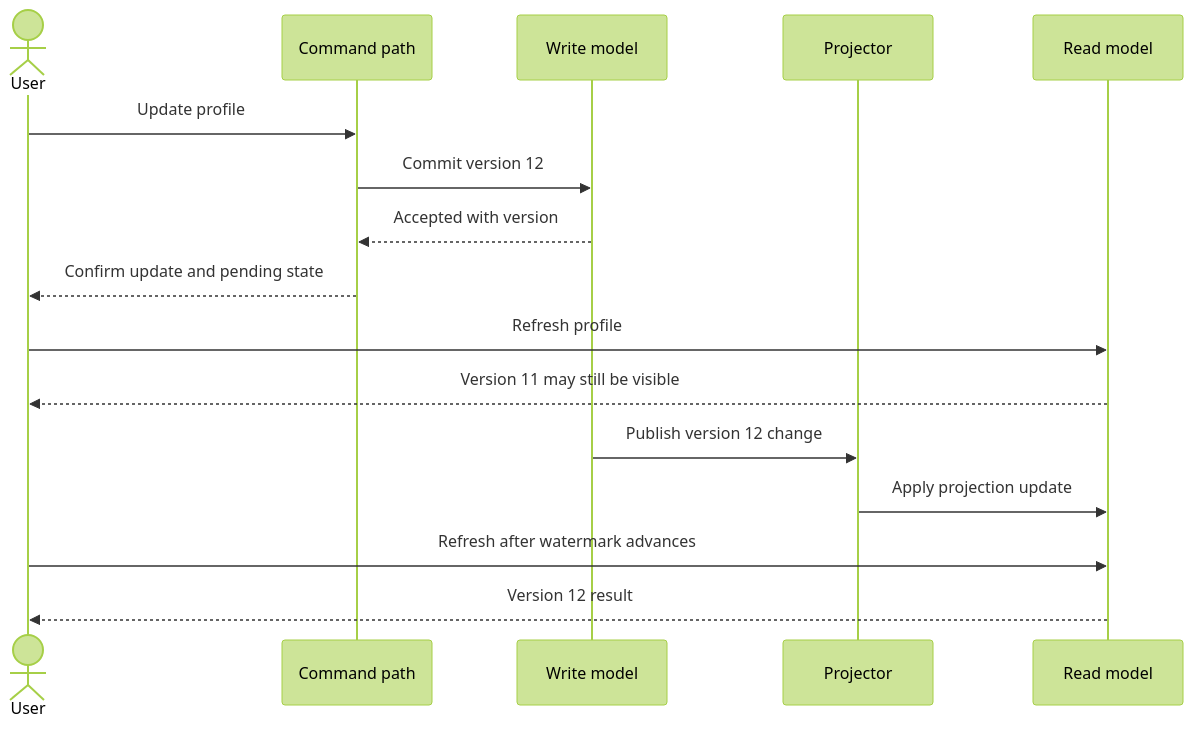
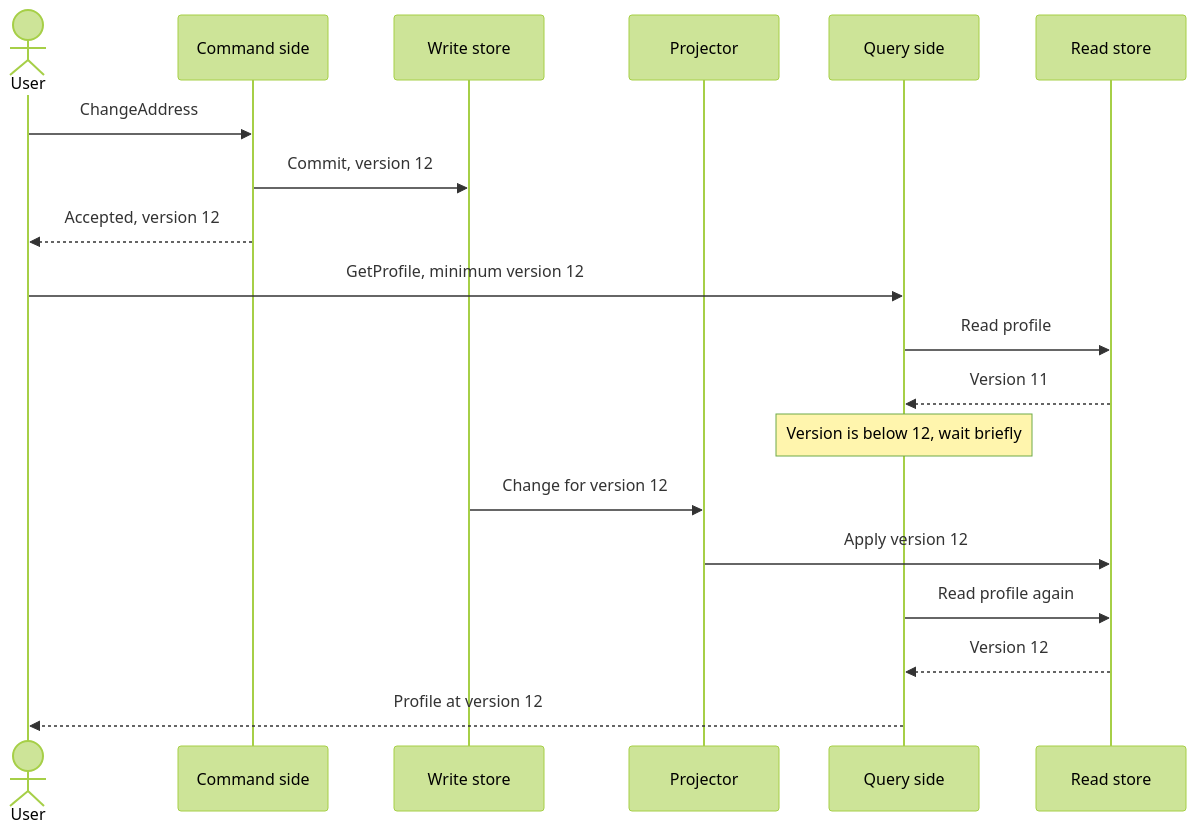
Before and after one commit to joydasss/Architect: the seventh of 13 diagrams in 20_Architecture_Patterns/CH09_CQRS.md, drawn with Mermaid (forest theme). The commit also changed other lines of this file and 295 other files, not shown here.

````diff
--- a/20_Architecture_Patterns/CH09_CQRS.md
+++ b/20_Architecture_Patterns/CH09_CQRS.md
@@ -46,18 +722,21 @@
 ```mermaid
 sequenceDiagram
-    actor User
-    participant Command as Command path
-    participant Write as Write model
-    participant Projector
-    participant Read as Read model
-    User->>Command: Update profile
-    Command->>Write: Commit version 12
-    Write-->>Command: Accepted with version
-    Command-->>User: Confirm update and pending state
-    User->>Read: Refresh profile
-    Read-->>User: Version 11 may still be visible
-    Write->>Projector: Publish version 12 change
-    Projector->>Read: Apply projection update
-    User->>Read: Refresh after watermark advances
-    Read-->>User: Version 12 result
+    actor U as User
+    participant C as Command side
+    participant W as Write store
+    participant P as Projector
+    participant Q as Query side
+    participant R as Read store
+    U->>C: ChangeAddress
+    C->>W: Commit, version 12
+    C-->>U: Accepted, version 12
+    U->>Q: GetProfile, minimum version 12
+    Q->>R: Read profile
+    R-->>Q: Version 11
+    Note over Q: Version is below 12, wait briefly
+    W->>P: Change for version 12
+    P->>R: Apply version 12
+    Q->>R: Read profile again
+    R-->>Q: Version 12
+    Q-->>U: Profile at version 12
 ```
````
